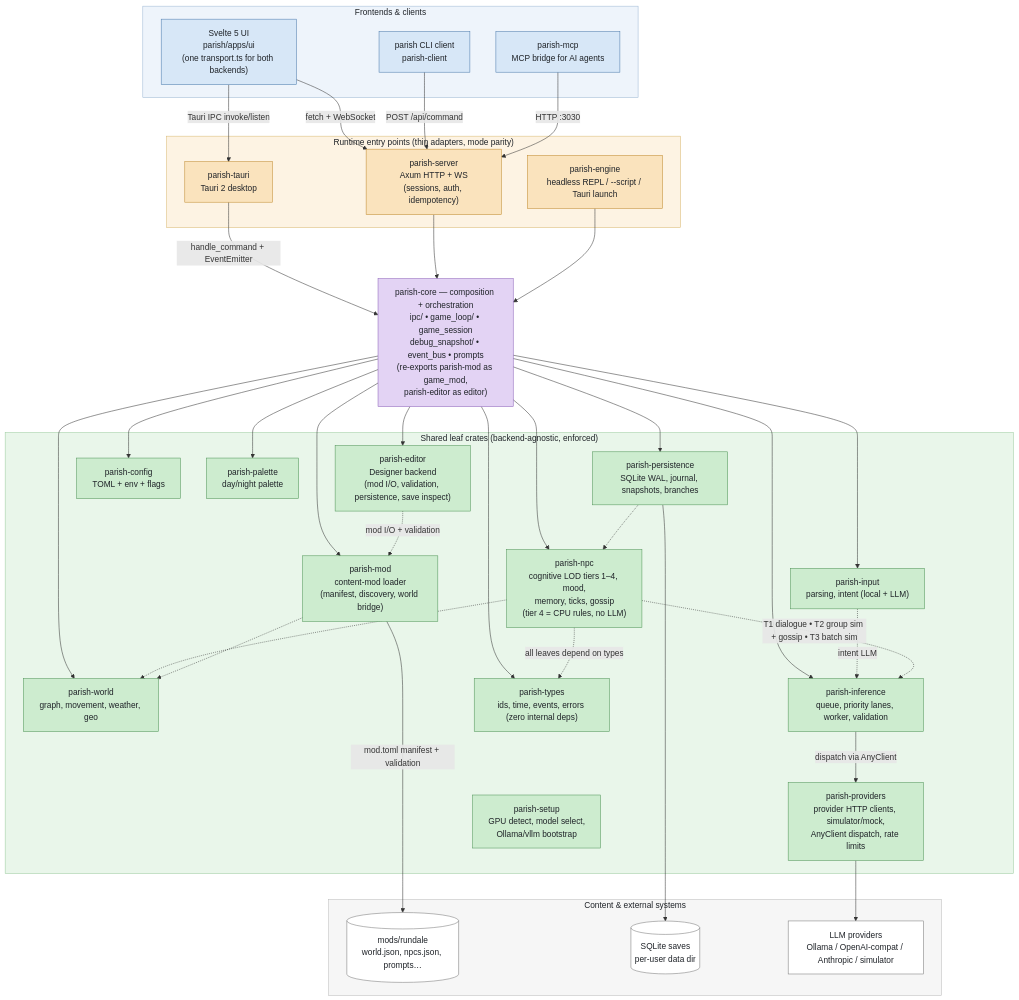
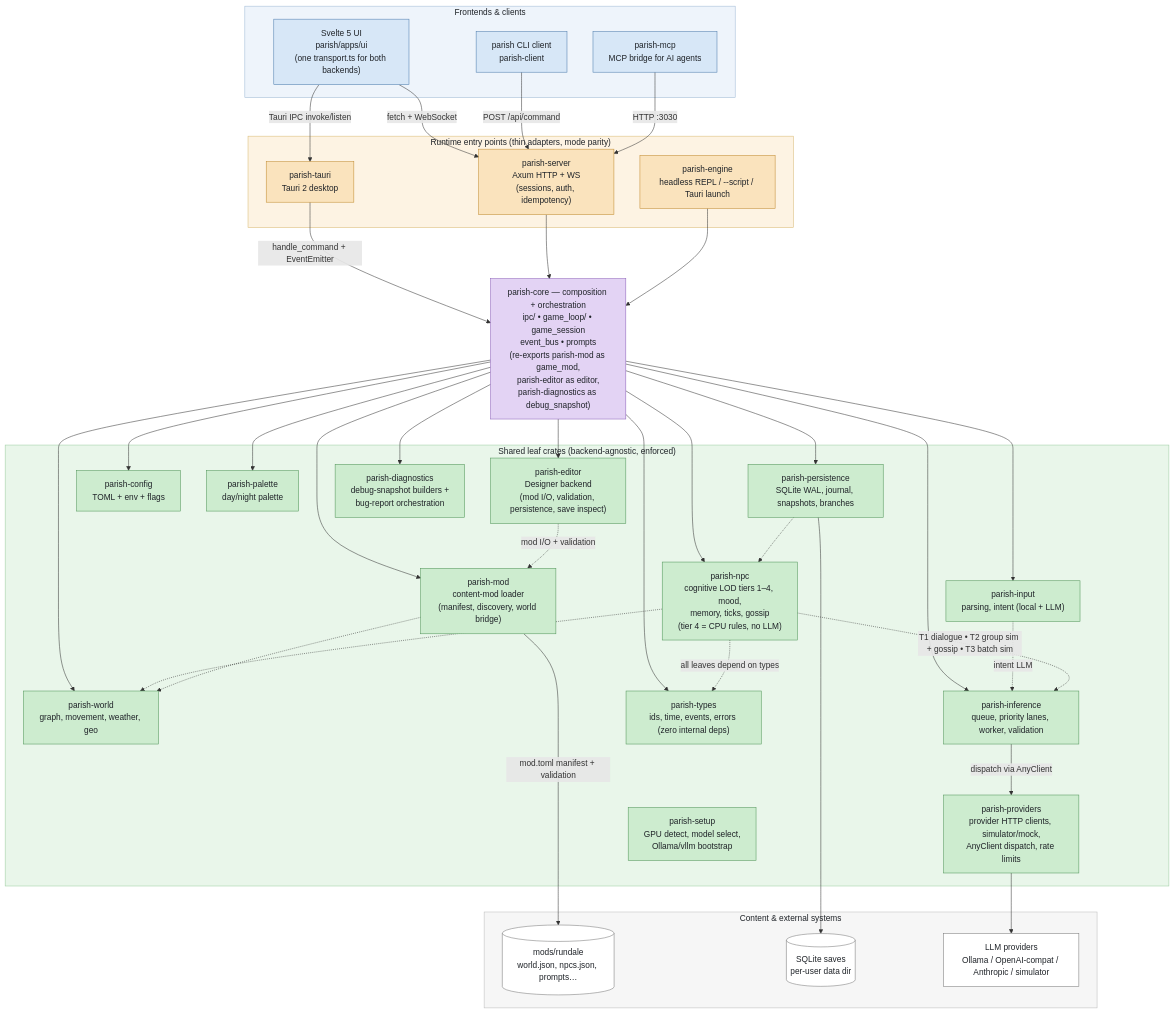
Before and after one commit to dmooney/Rundale: the second of 2 diagrams in README.md, drawn with Mermaid. The commit also changed other lines of this file and 26 other files, not shown here.

First line of the commit message:
refactor(core): extract debug_snapshot into parish-diagnostics crate

````diff
--- a/README.md
+++ b/README.md
@@ -286,75 +286,76 @@
 ```mermaid
 flowchart TB
     subgraph clients["Frontends & clients"]
         UI["Svelte 5 UI<br/>parish/apps/ui<br/>(one transport.ts for both backends)"]
         CLI["parish CLI client<br/>parish-client"]
         MCP["parish-mcp<br/>MCP bridge for AI agents"]
     end
 
     subgraph entry["Runtime entry points (thin adapters, mode parity)"]
         TAURI["parish-tauri<br/>Tauri 2 desktop"]
         SERVER["parish-server<br/>Axum HTTP + WS<br/>(sessions, auth, idempotency)"]
         ENGINE["parish-engine<br/>headless REPL / --script / Tauri launch"]
     end
 
-    CORE["parish-core — composition + orchestration<br/>ipc/ • game_loop/ • game_session<br/>debug_snapshot/ • event_bus • prompts<br/>(re-exports parish-mod as game_mod,<br/>parish-editor as editor)"]
+    CORE["parish-core — composition + orchestration<br/>ipc/ • game_loop/ • game_session<br/>event_bus • prompts<br/>(re-exports parish-mod as game_mod,<br/>parish-editor as editor,<br/>parish-diagnostics as debug_snapshot)"]
 
     subgraph leaf["Shared leaf crates (backend-agnostic, enforced)"]
         WORLD["parish-world<br/>graph, movement, weather, geo"]
         NPC["parish-npc<br/>cognitive LOD tiers 1–4, mood,<br/>memory, ticks, gossip<br/>(tier 4 = CPU rules, no LLM)"]
         INPUT["parish-input<br/>parsing, intent (local + LLM)"]
         INFER["parish-inference<br/>queue, priority lanes, worker, validation"]
         PROVIDERS["parish-providers<br/>provider HTTP clients, simulator/mock,<br/>AnyClient dispatch, rate limits"]
         SETUP["parish-setup<br/>GPU detect, model select,<br/>Ollama/vllm bootstrap"]
         PERSIST["parish-persistence<br/>SQLite WAL, journal, snapshots, branches"]
         CONFIG["parish-config<br/>TOML + env + flags"]
         PALETTE["parish-palette<br/>day/night palette"]
         MOD["parish-mod<br/>content-mod loader<br/>(manifest, discovery, world bridge)"]
         EDITOR["parish-editor<br/>Designer backend<br/>(mod I/O, validation, persistence, save inspect)"]
+        DIAG["parish-diagnostics<br/>debug-snapshot builders +<br/>bug-report orchestration"]
         TYPES["parish-types<br/>ids, time, events, errors (zero internal deps)"]
     end
 
     subgraph external["Content & external systems"]
         MODS[("mods/rundale<br/>world.json, npcs.json, prompts…")]
         DB[("SQLite saves<br/>per-user data dir")]
         LLM["LLM providers<br/>Ollama / OpenAI-compat / Anthropic / simulator"]
     end
 
     UI -- "Tauri IPC invoke/listen" --> TAURI
     UI -- "fetch + WebSocket" --> SERVER
     CLI -- "POST /api/command" --> SERVER
     MCP -- "HTTP :3030" --> SERVER
 
     TAURI -- "handle_command + EventEmitter" --> CORE
     SERVER --> CORE
     ENGINE --> CORE
 
-    CORE --> WORLD & NPC & INPUT & INFER & PERSIST & CONFIG & PALETTE & MOD & EDITOR & TYPES
+    CORE --> WORLD & NPC & INPUT & INFER & PERSIST & CONFIG & PALETTE & MOD & EDITOR & DIAG & TYPES
     INPUT -. "intent LLM" .-> INFER
     NPC -. "T1 dialogue • T2 group sim + gossip • T3 batch sim" .-> INFER
     NPC -.-> WORLD
     PERSIST -.-> NPC
     MOD -.-> WORLD
     EDITOR -. "mod I/O + validation" .-> MOD
     NPC -. "all leaves depend on types" .-> TYPES
 
     MOD -- "mod.toml manifest + validation" --> MODS
     PERSIST --> DB
     INFER -- "dispatch via AnyClient" --> PROVIDERS
     PROVIDERS --> LLM
 
     classDef clientNode fill:#d7e7f7,stroke:#4a7aab,color:#1f2328
     classDef entryNode fill:#fae3bd,stroke:#c08a2e,color:#1f2328
     classDef coreNode fill:#e3d3f4,stroke:#8a5fb8,color:#1f2328
     classDef leafNode fill:#cdeccf,stroke:#4f9457,color:#1f2328
     classDef extNode fill:#ffffff,stroke:#777777,color:#1f2328
     class UI,CLI,MCP clientNode
     class TAURI,SERVER,ENGINE entryNode
     class CORE coreNode
-    class WORLD,NPC,INPUT,INFER,PROVIDERS,SETUP,PERSIST,CONFIG,PALETTE,MOD,EDITOR,TYPES leafNode
+    class WORLD,NPC,INPUT,INFER,PROVIDERS,SETUP,PERSIST,CONFIG,PALETTE,MOD,EDITOR,DIAG,TYPES leafNode
     class MODS,DB,LLM extNode
     style clients fill:#eef4fb,stroke:#9db8d4,color:#1f2328
     style entry fill:#fdf3e3,stroke:#d8b873,color:#1f2328
     style leaf fill:#e9f6ea,stroke:#9ccca0,color:#1f2328
     style external fill:#f6f6f6,stroke:#bbbbbb,color:#1f2328
 ```
````
